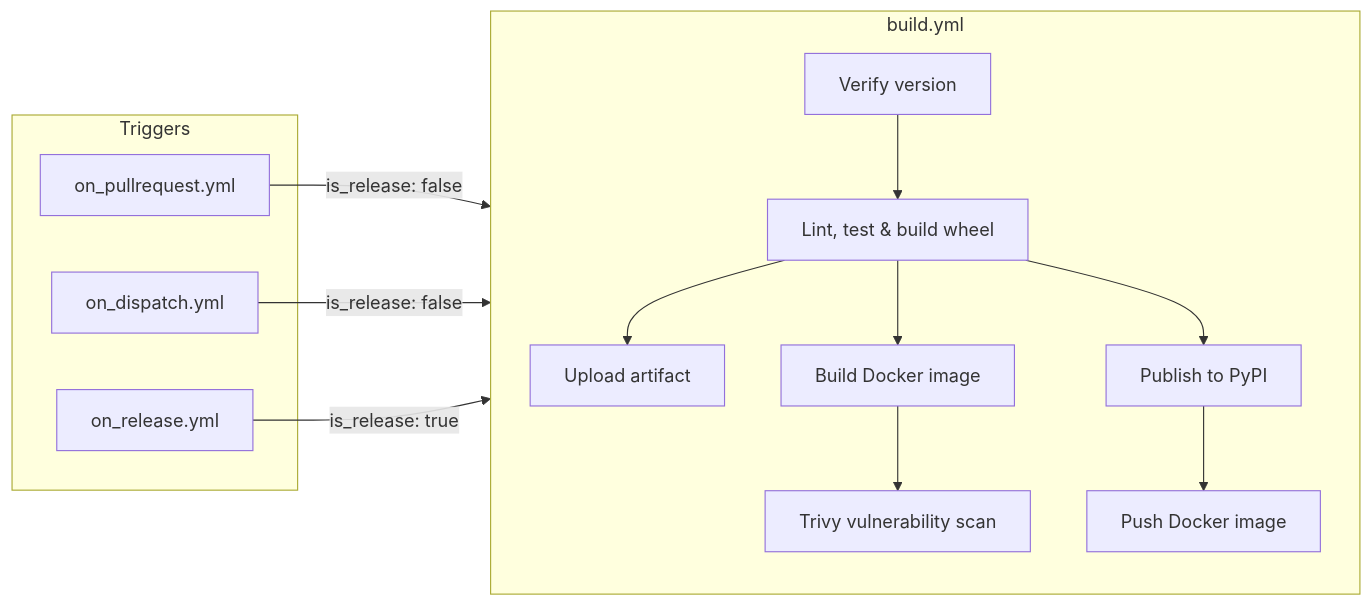
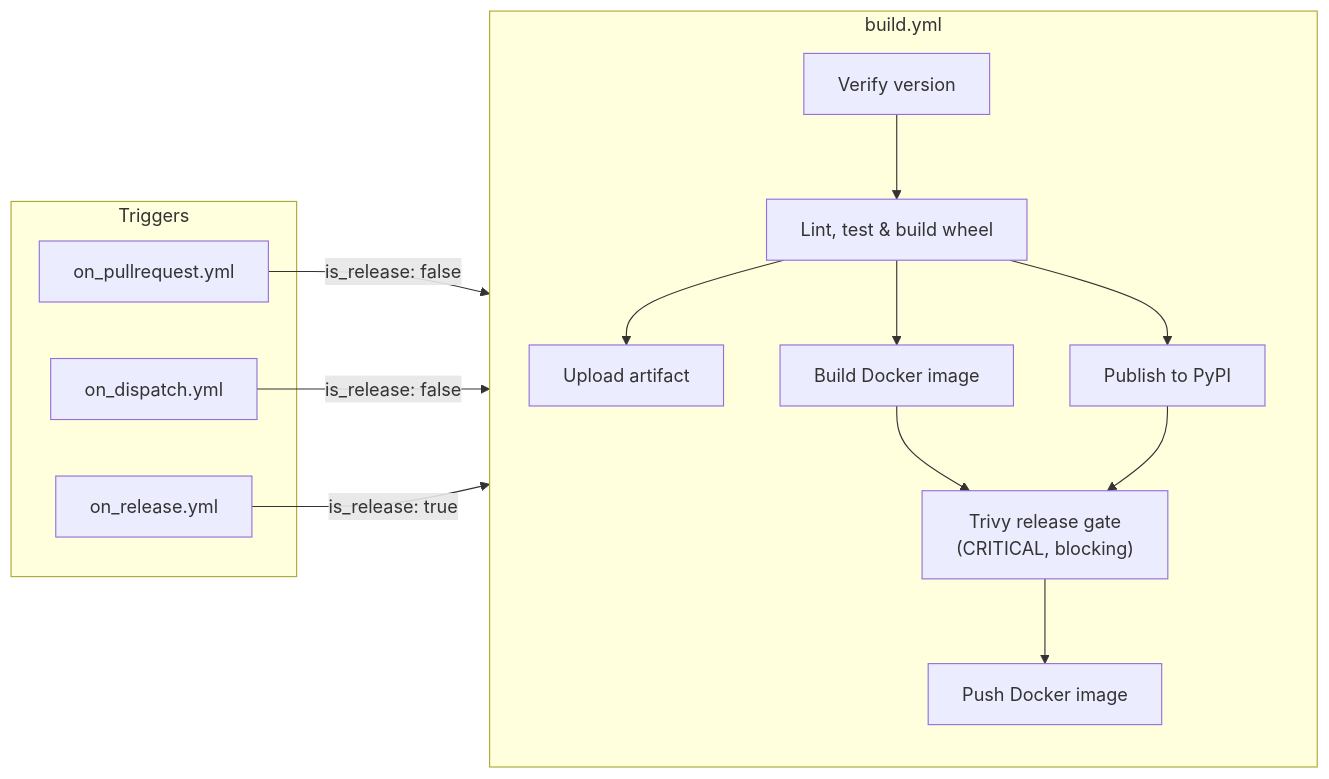
One commit to ValentinTwin1206/deply-dependency-manager changed the diagram in docs/technical-documentation/integration_and_deployment/ci_cd.md. Above: the diagram before and after it, drawn with Mermaid. The commit also changed other lines of this file and 3 other files, not shown here.

````diff
--- a/docs/technical-documentation/integration_and_deployment/ci_cd.md
+++ b/docs/technical-documentation/integration_and_deployment/ci_cd.md
@@ -85,27 +85,28 @@
 ```mermaid
 flowchart LR
   subgraph Triggers
     PR["on_pullrequest.yml"]
     DI["on_dispatch.yml"]
     RE["on_release.yml"]
   end
 
   subgraph "build.yml"
     direction TB
     V["Verify version"]
     B["Lint, test & build wheel"]
     A["Upload artifact"]
     D["Build Docker image"]
-    T["Trivy vulnerability scan"]
     P["Publish to PyPI"]
+    TG["Trivy release gate\n(CRITICAL, blocking)"]
     PD["Push Docker image"]
 
     V --> B --> A
-    B --> D --> T
-    B --> P --> PD
+    B --> D --> TG
+    B --> P --> TG
+    TG --> PD
   end
 
   PR -- "is_release: false" --> V
   DI -- "is_release: false" --> V
   RE -- "is_release: true" --> V
 ```
````
